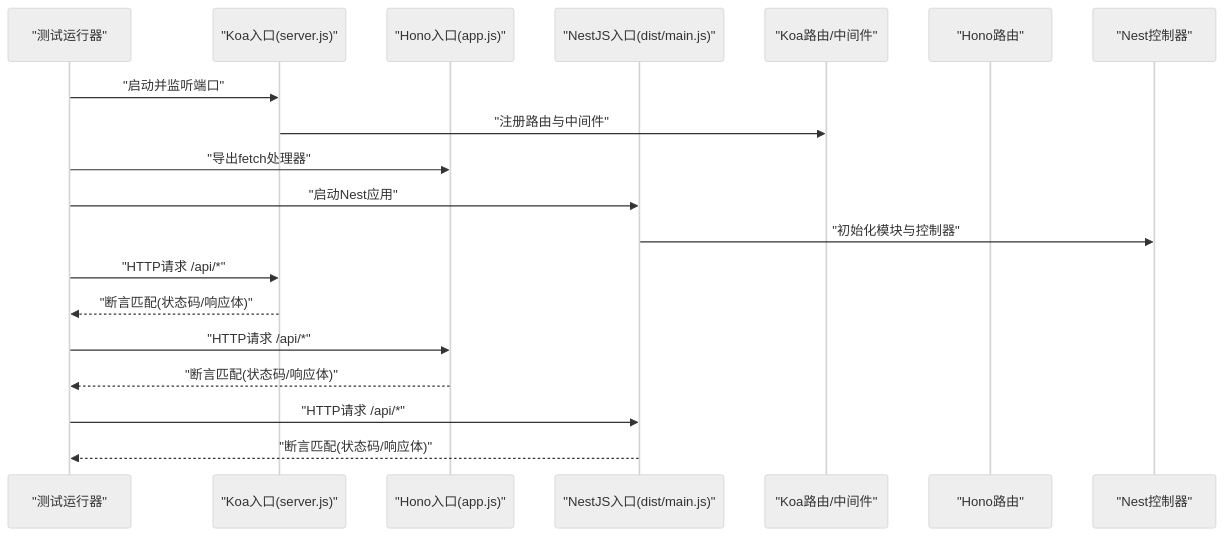
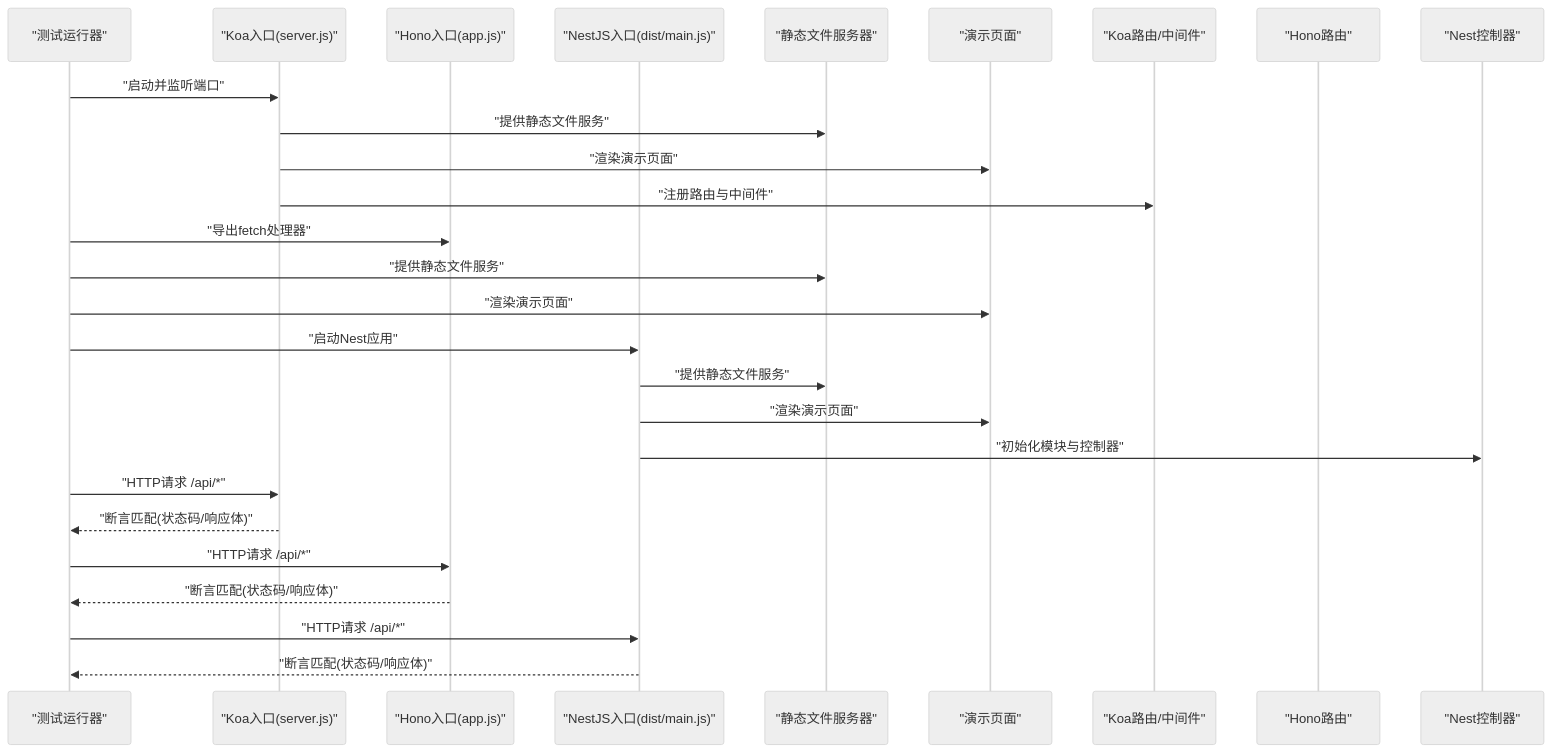
The second of 7 diagrams in .qoder/repowiki/zh/content/后端框架测试/Koa、Hono、NestJS框架测试.md (esa-sp/test-for-aone-ci), drawn with Mermaid (neutral theme) before and after one commit. The commit also changed other lines of this file and 58 other files, not shown here.

````diff
--- a/.qoder/repowiki/zh/content/后端框架测试/Koa、Hono、NestJS框架测试.md
+++ b/.qoder/repowiki/zh/content/后端框架测试/Koa、Hono、NestJS框架测试.md
@@ -119,21 +171,29 @@
 ```mermaid
 sequenceDiagram
 participant Runner as "测试运行器"
 participant KoaEntry as "Koa入口(server.js)"
 participant HonoEntry as "Hono入口(app.js)"
 participant NestEntry as "NestJS入口(dist/main.js)"
+participant StaticServer as "静态文件服务器"
+participant DemoPage as "演示页面"
 participant KoaRouter as "Koa路由/中间件"
 participant HonoRouter as "Hono路由"
 participant NestCtrl as "Nest控制器"
 Runner->>KoaEntry : "启动并监听端口"
+KoaEntry->>StaticServer : "提供静态文件服务"
+KoaEntry->>DemoPage : "渲染演示页面"
 KoaEntry->>KoaRouter : "注册路由与中间件"
 Runner->>HonoEntry : "导出fetch处理器"
+Runner->>StaticServer : "提供静态文件服务"
+Runner->>DemoPage : "渲染演示页面"
 Runner->>NestEntry : "启动Nest应用"
+NestEntry->>StaticServer : "提供静态文件服务"
+NestEntry->>DemoPage : "渲染演示页面"
 NestEntry->>NestCtrl : "初始化模块与控制器"
 Runner->>KoaEntry : "HTTP请求 /api/*"
 KoaEntry-->>Runner : "断言匹配(状态码/响应体)"
 Runner->>HonoEntry : "HTTP请求 /api/*"
 HonoEntry-->>Runner : "断言匹配(状态码/响应体)"
 Runner->>NestEntry : "HTTP请求 /api/*"
 NestEntry-->>Runner : "断言匹配(状态码/响应体)"
 ```
````
